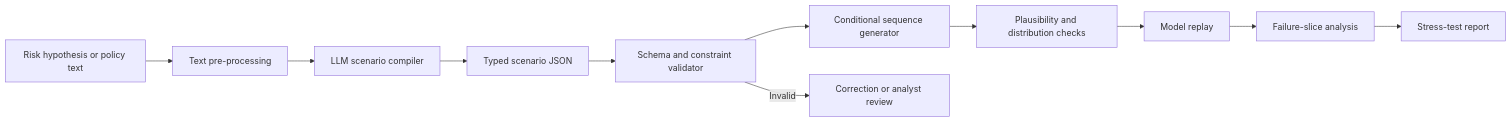
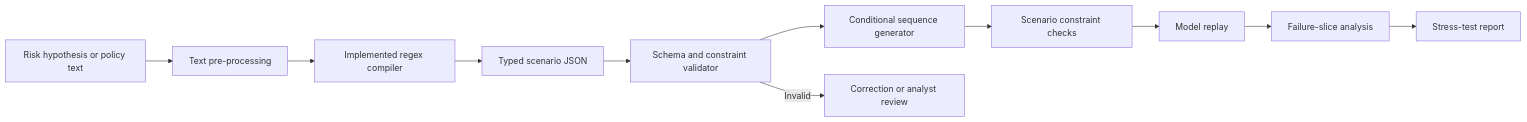
One commit to HarshSaand/edgecase-foundry changed the diagram in README.md. Above: the diagram before and after it, drawn with Mermaid. The commit also changed other lines of this file and 2 other files, not shown here.

````diff
--- a/README.md
+++ b/README.md
@@ -55,13 +43,13 @@
 ```mermaid
 flowchart LR
     A[Risk hypothesis or policy text] --> B[Text pre-processing]
-    B --> C[LLM scenario compiler]
+    B --> C[Implemented regex compiler]
     C --> D[Typed scenario JSON]
     D --> E[Schema and constraint validator]
     E --> F[Conditional sequence generator]
-    F --> G[Plausibility and distribution checks]
+    F --> G[Scenario constraint checks]
     G --> H[Model replay]
     H --> I[Failure-slice analysis]
     I --> J[Stress-test report]
     E -- Invalid --> K[Correction or analyst review]
 ```
````
